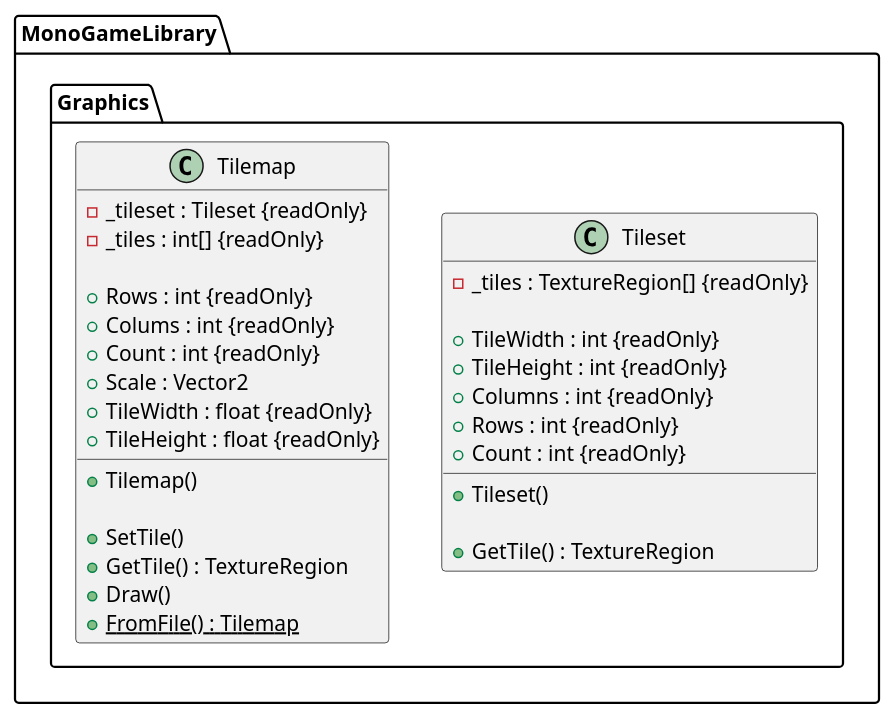
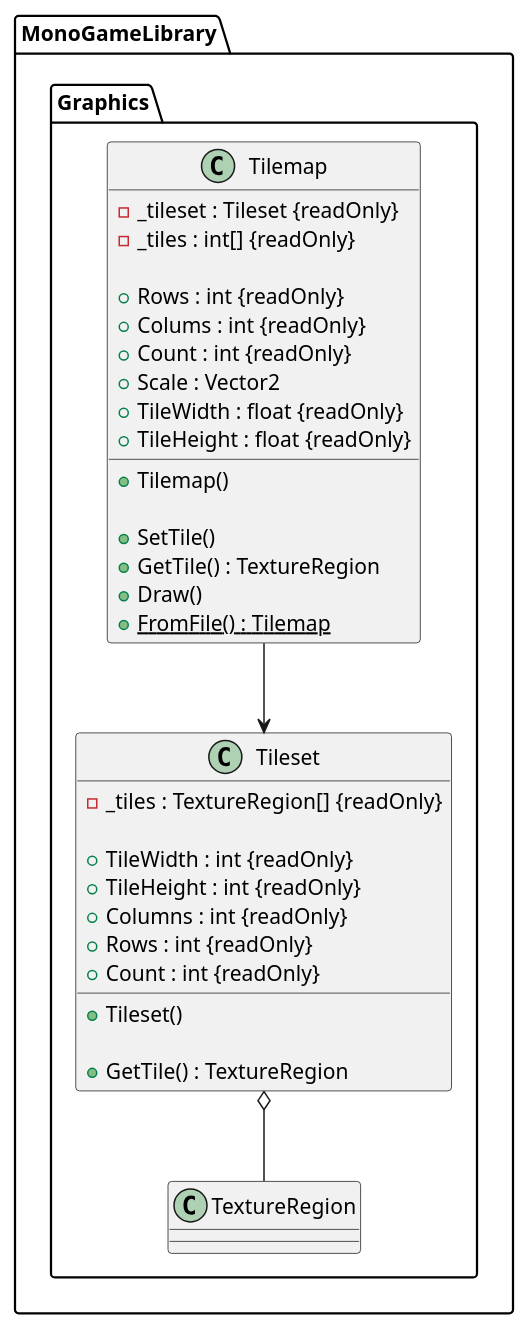
The diagram in docs/puml/MonoGameLibrary/Graphics/Tile.puml (priceEXE/MonoGame), drawn with PlantUML before and after one commit. The commit also changed 14 other files, not shown here.

Commit message:
uml update

```diff
--- a/docs/puml/MonoGameLibrary/Graphics/Tile.puml
+++ b/docs/puml/MonoGameLibrary/Graphics/Tile.puml
@@ -1,36 +1,39 @@
 @startuml Tile
 namespace MonoGameLibrary.Graphics {
     class Tileset {
         - _tiles : TextureRegion[] {readOnly}
         
         + TileWidth : int {readOnly}
         + TileHeight : int {readOnly}
         + Columns : int {readOnly}
         + Rows : int {readOnly}
         + Count : int {readOnly}
 
         + Tileset()
 
         + GetTile() : TextureRegion
     }
 
     class Tilemap {
         - _tileset : Tileset {readOnly}
         - _tiles : int[] {readOnly}
 
         + Rows : int {readOnly}
         + Colums : int {readOnly}
         + Count : int {readOnly}
         + Scale : Vector2
         + TileWidth : float {readOnly}
         + TileHeight : float {readOnly}
 
         + Tilemap()
 
         + SetTile()
         + GetTile() : TextureRegion
         + Draw()
         {static} + FromFile() : Tilemap
     }
+
+    Tileset o-- TextureRegion
+    Tilemap --> Tileset
 }
 @enduml
```
